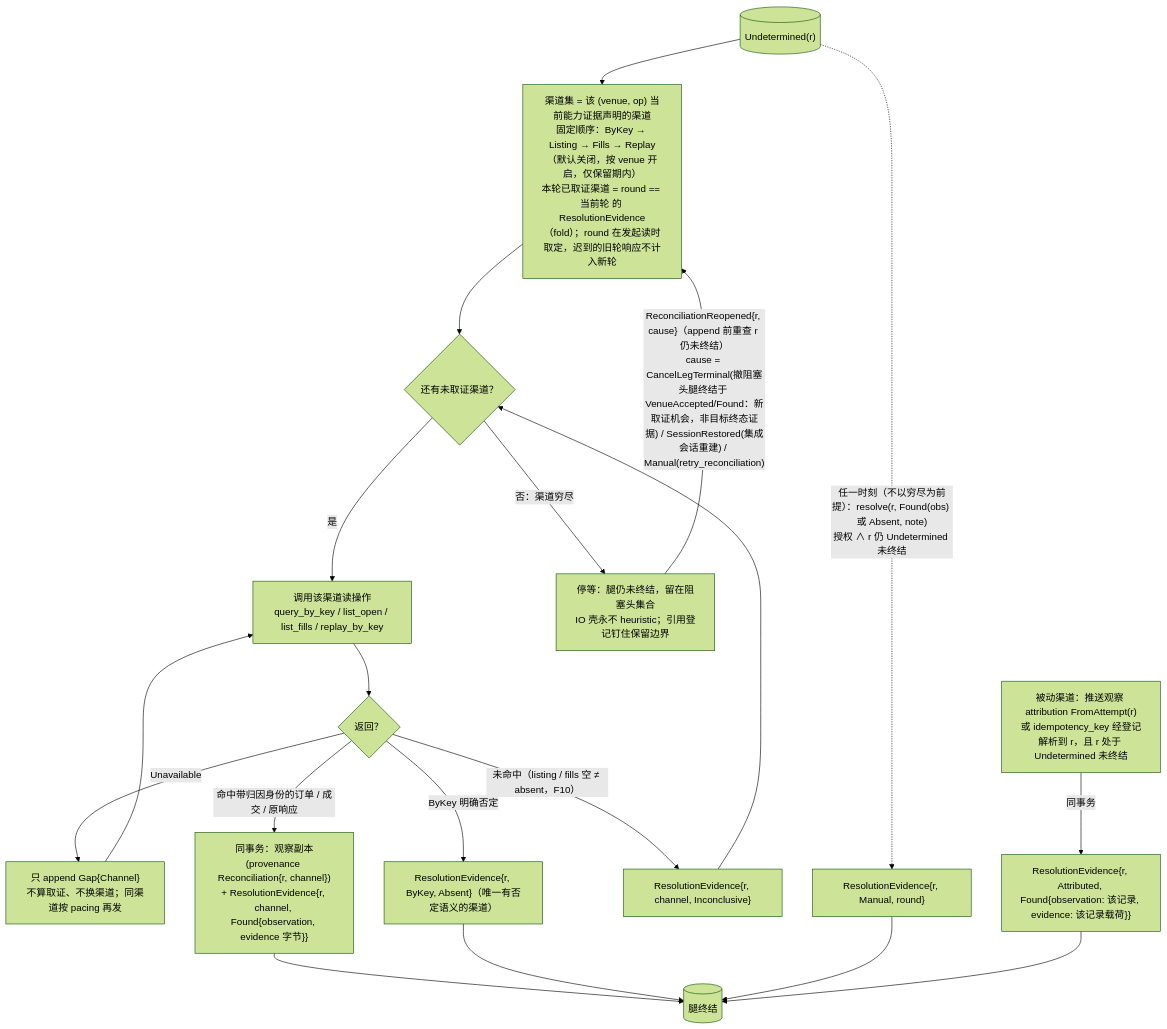
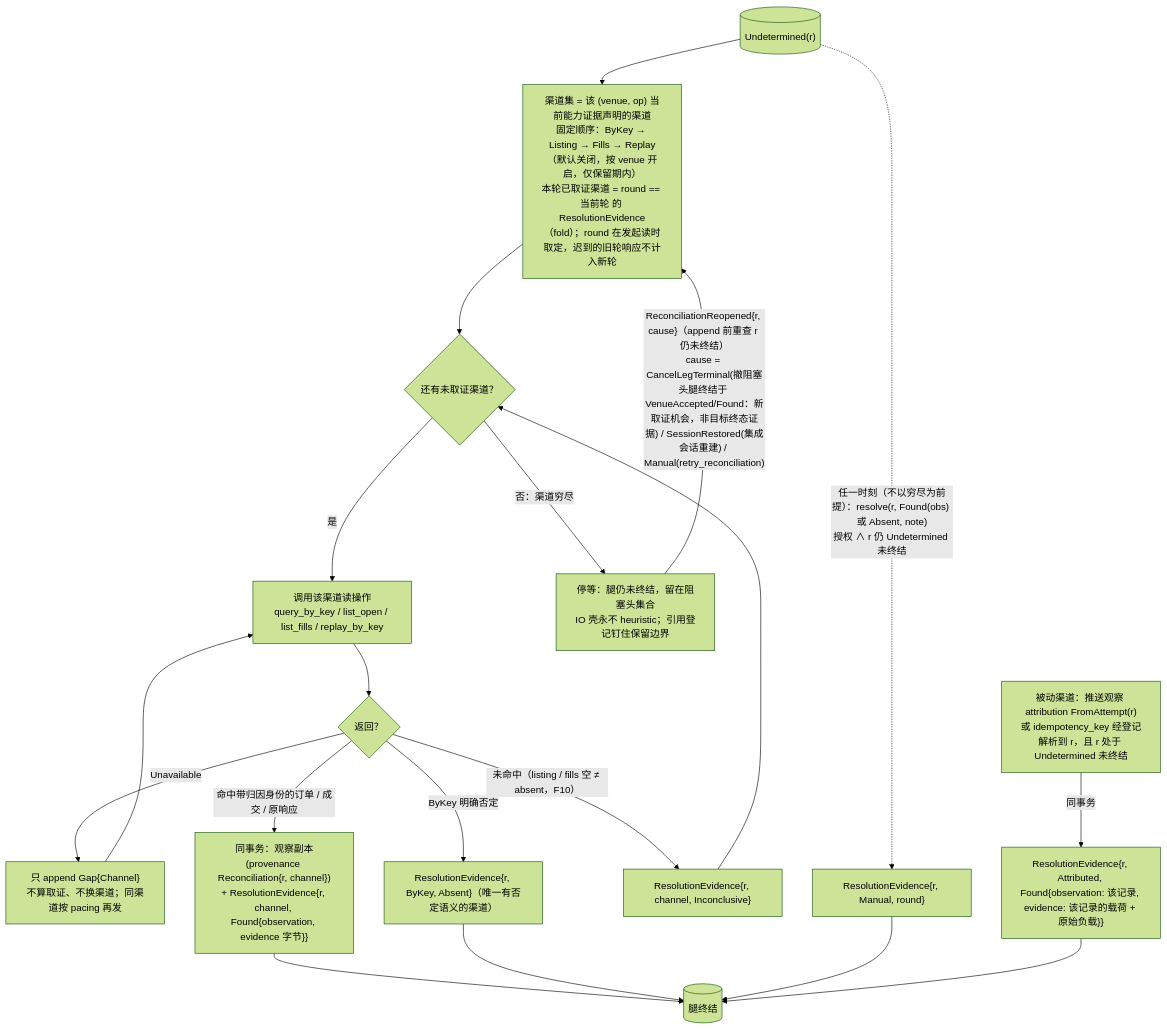
One commit to mouriya-s-lab/uta changed the second of 7 diagrams in design/diagrams/06-io-shell-attempt.md. Above: the diagram before and after it, drawn with Mermaid (forest theme). The commit also changed other lines of this file and 15 other files, not shown here.

````diff
--- a/design/diagrams/06-io-shell-attempt.md
+++ b/design/diagrams/06-io-shell-attempt.md
@@ -54,22 +54,22 @@
 ```mermaid
 flowchart TB
   UD[("Undetermined(r)")]
   UD --> CH0["渠道集 = 该 (venue, op) 当前能力证据声明的渠道<br/>固定顺序：ByKey → Listing → Fills → Replay（默认关闭，按 venue 开启，仅保留期内）<br/>本轮已取证渠道 = round == 当前轮 的 ResolutionEvidence（fold）；round 在发起读时取定，迟到的旧轮响应不计入新轮"]
   CH0 --> NEXT{"还有未取证渠道？"}
   NEXT -->|"是"| CALL["调用该渠道读操作<br/>query_by_key / list_open / list_fills / replay_by_key"]
   CALL --> RES{"返回？"}
   RES -->|"Unavailable"| GAP["只 append Gap{Channel}<br/>不算取证、不换渠道；同渠道按 pacing 再发"]
   GAP --> CALL
   RES -->|"命中带归因身份的订单 / 成交 / 原响应"| FOUND["同事务：观察副本(provenance Reconciliation{r, channel})<br/>+ ResolutionEvidence{r, channel, Found{observation, evidence 字节}}"]
   RES -->|"ByKey 明确否定"| ABS["ResolutionEvidence{r, ByKey, Absent}（唯一有否定语义的渠道）"]
   RES -->|"未命中（listing / fills 空 ≠ absent，F10）"| INC["ResolutionEvidence{r, channel, Inconclusive}"]
   INC --> NEXT
   NEXT -->|"否：渠道穷尽"| WAIT["停等：腿仍未终结，留在阻塞头集合<br/>IO 壳永不 heuristic；引用登记钉住保留边界"]
   UD -.->|"任一时刻（不以穷尽为前提）：resolve(r, Found(obs) 或 Absent, note)<br/>授权 ∧ r 仍 Undetermined 未终结"| MAN["ResolutionEvidence{r, Manual, round}"]
   WAIT -->|"ReconciliationReopened{r, cause}（append 前重查 r 仍未终结）<br/>cause = CancelLegTerminal(撤阻塞头腿终结于 VenueAccepted/Found：新取证机会，非目标终态证据) / SessionRestored(集成会话重建) / Manual(retry_reconciliation)"| CH0
-  ATTR["被动渠道：推送观察 attribution FromAttempt(r)<br/>或 idempotency_key 经登记解析到 r，且 r 处于 Undetermined 未终结"] -->|"同事务"| ATT["ResolutionEvidence{r, Attributed, Found{observation: 该记录, evidence: 该记录载荷}}"]
+  ATTR["被动渠道：推送观察 attribution FromAttempt(r)<br/>或 idempotency_key 经登记解析到 r，且 r 处于 Undetermined 未终结"] -->|"同事务"| ATT["ResolutionEvidence{r, Attributed, Found{observation: 该记录, evidence: 该记录的载荷 + 原始负载}}"]
   FOUND --> RS[("腿终结")]
   ABS --> RS
   MAN --> RS
   ATT --> RS
 ```
````
